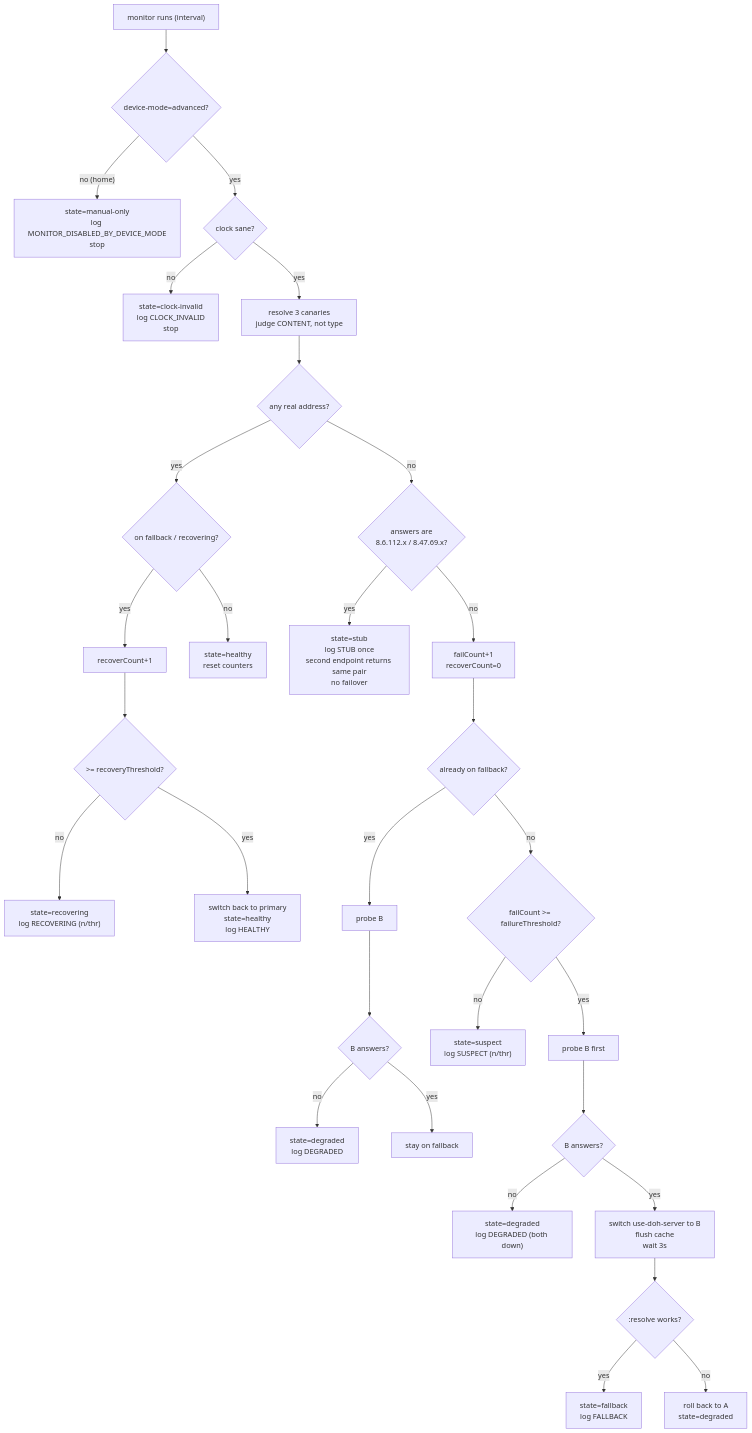
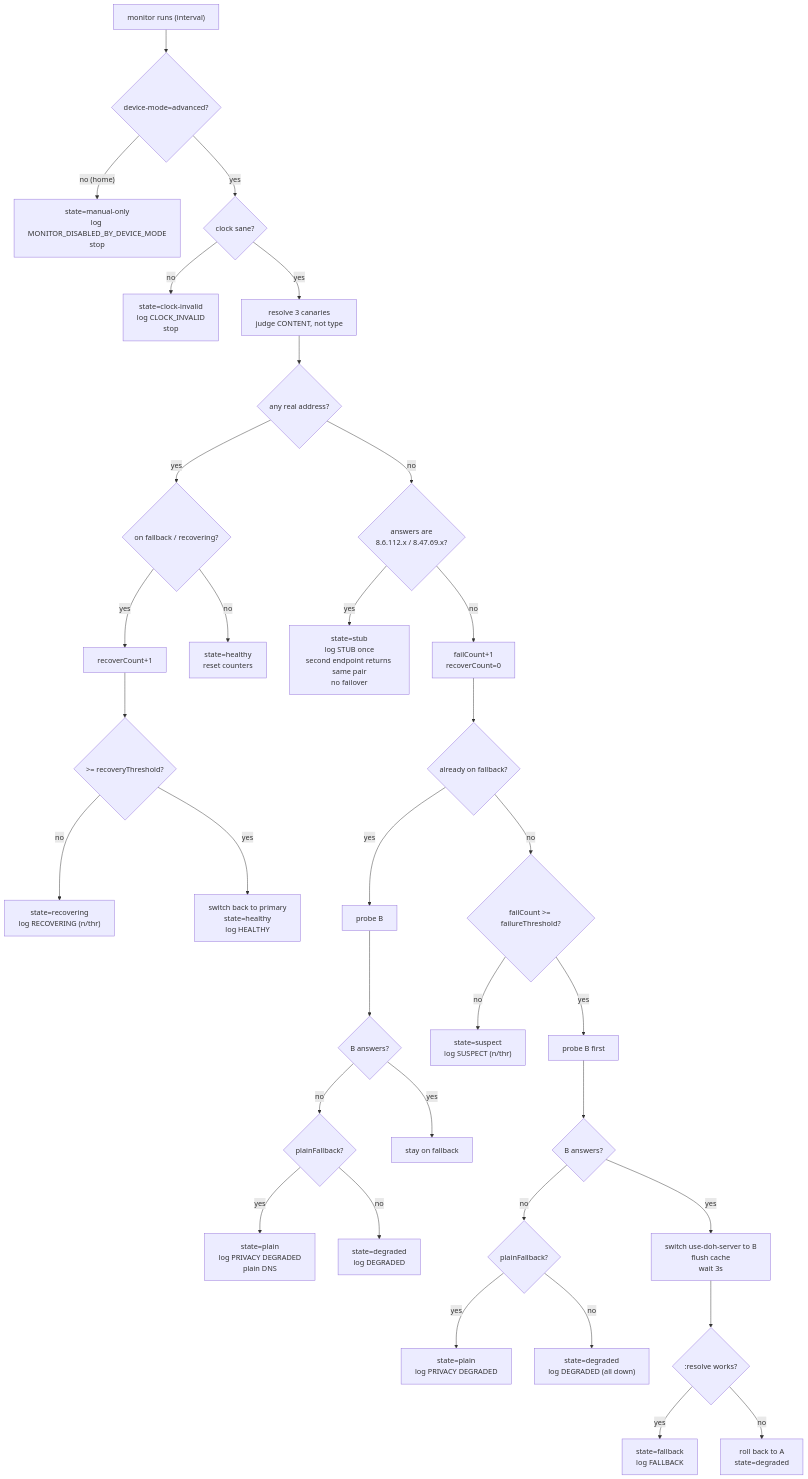
The diagram in diagrams/dns-failover.mmd (paulmann/mikrotik-doh-failover), drawn with Mermaid before and after one commit. The commit also changed 14 other files, not shown here.

Commit message:
docs: bring README, AGENTS, SECURITY, CHANGELOG, architecture, verification, config and 5 translations up to 0.4.0

```diff
--- a/diagrams/dns-failover.mmd
+++ b/diagrams/dns-failover.mmd
@@ -1,30 +1,34 @@
 flowchart TD
     Start["monitor runs (interval)"] --> DeviceMode{"device-mode=advanced?"}
     DeviceMode -->|"no (home)"| Manual["state=manual-only<br/>log MONITOR_DISABLED_BY_DEVICE_MODE<br/>stop"]
     DeviceMode -->|"yes"| Clock{"clock sane?"}
     Clock -->|"no"| ClockInv["state=clock-invalid<br/>log CLOCK_INVALID<br/>stop"]
     Clock -->|"yes"| Answers["resolve 3 canaries<br/>judge CONTENT, not type"]
     Answers --> Good{"any real address?"}
     Good -->|"yes"| OnFallback{"on fallback / recovering?"}
     OnFallback -->|"yes"| Recover["recoverCount+1"]
     Recover --> RecoverThr{">= recoveryThreshold?"}
     RecoverThr -->|"no"| Recovering["state=recovering<br/>log RECOVERING (n/thr)"]
     RecoverThr -->|"yes"| Healthy["switch back to primary<br/>state=healthy<br/>log HEALTHY"]
     OnFallback -->|"no"| Healthy2["state=healthy<br/>reset counters"]
     Good -->|"no"| Stub{"answers are<br/>8.6.112.x / 8.47.69.x?"}
     Stub -->|"yes"| StubState["state=stub<br/>log STUB once<br/>second endpoint returns same pair<br/>no failover"]
     Stub -->|"no"| FailCount["failCount+1<br/>recoverCount=0"]
     FailCount --> OnFallback2{"already on fallback?"}
     OnFallback2 -->|"yes"| CheckB2["probe B"]
     CheckB2 --> B2ok{"B answers?"}
-    B2ok -->|"no"| Degraded["state=degraded<br/>log DEGRADED"]
+    B2ok -->|"no"| PlainDecide{"plainFallback?"}
+    PlainDecide -->|"yes"| PlainState["state=plain<br/>log PRIVACY DEGRADED<br/>plain DNS"]
+    PlainDecide -->|"no"| Degraded["state=degraded<br/>log DEGRADED"]
     B2ok -->|"yes"| StayB["stay on fallback"]
     OnFallback2 -->|"no"| Thr{"failCount >= failureThreshold?"}
     Thr -->|"no"| Suspect["state=suspect<br/>log SUSPECT (n/thr)"]
     Thr -->|"yes"| ProbeB["probe B first"]
     ProbeB --> Bok{"B answers?"}
-    Bok -->|"no"| Degraded2["state=degraded<br/>log DEGRADED (both down)"]
+    Bok -->|"no"| PlainDecide2{"plainFallback?"}
+    PlainDecide2 -->|"yes"| PlainState2["state=plain<br/>log PRIVACY DEGRADED"]
+    PlainDecide2 -->|"no"| Degraded2["state=degraded<br/>log DEGRADED (all down)"]
     Bok -->|"yes"| Switch["switch use-doh-server to B<br/>flush cache<br/>wait 3s"]
     Switch --> Verify{":resolve works?"}
     Verify -->|"yes"| Fallback["state=fallback<br/>log FALLBACK"]
     Verify -->|"no"| Rollback["roll back to A<br/>state=degraded"]
```
